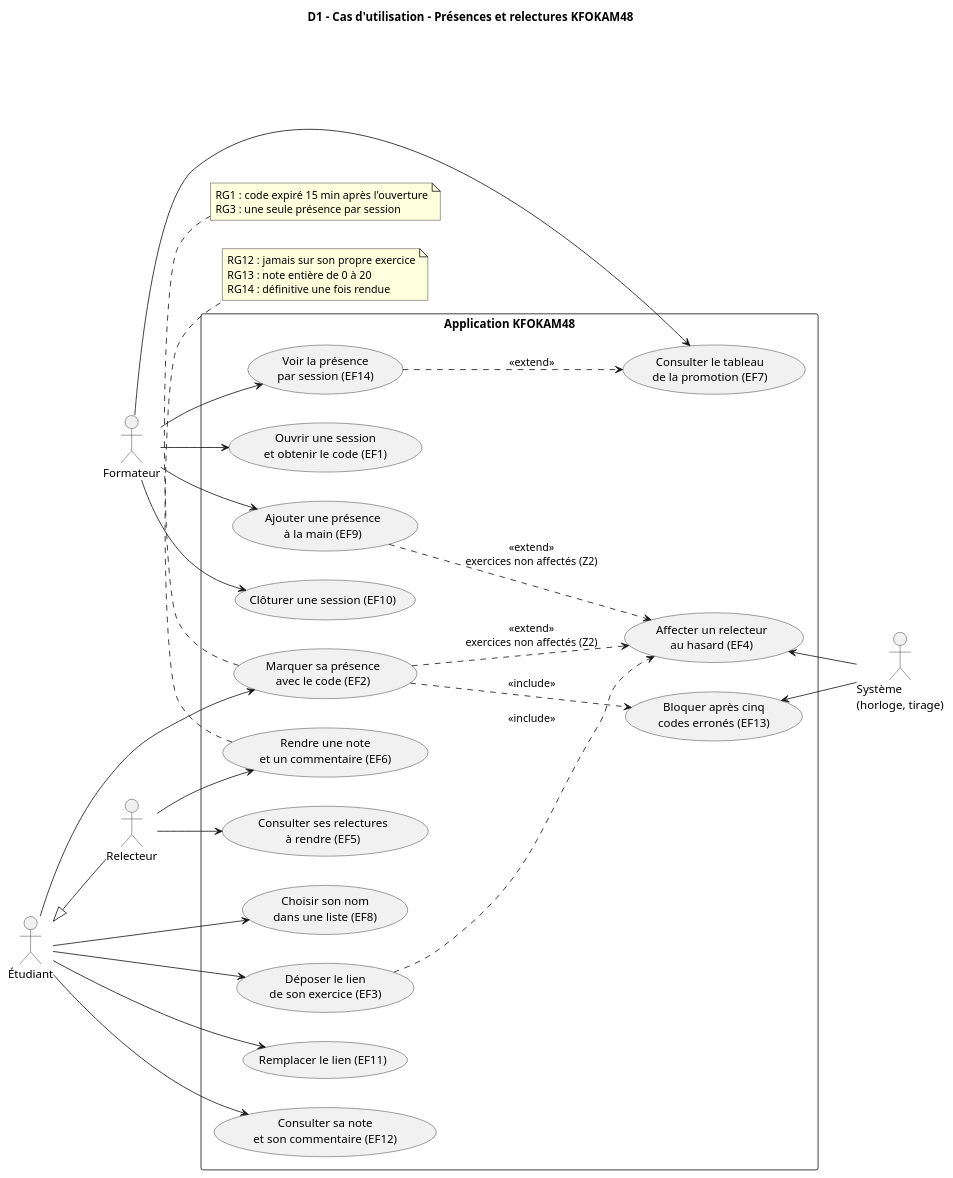
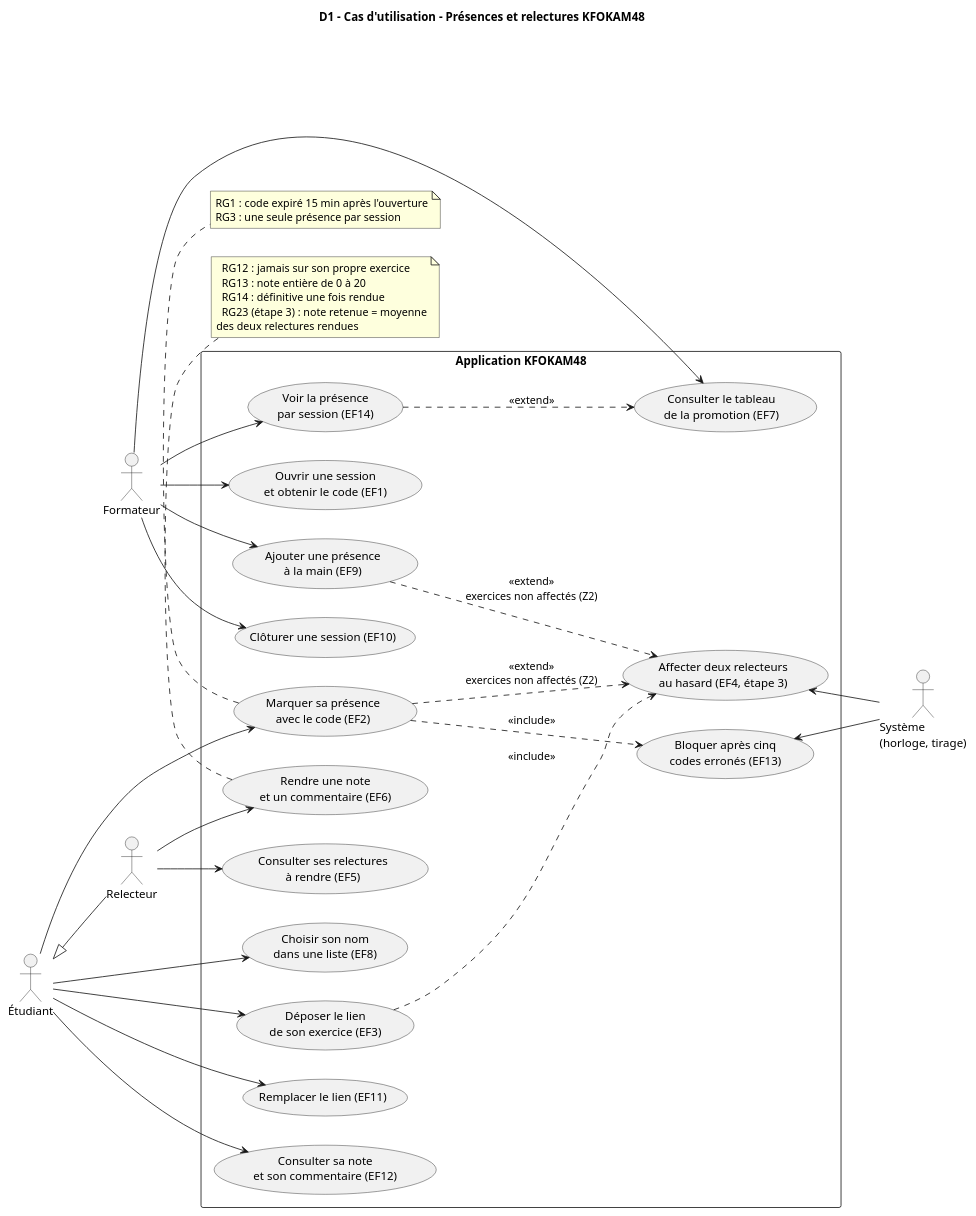
The diagram in docs/diagrammes/D1-cas-utilisation.puml (victoria175-collab/kfokam48-epreuve-215), drawn with PlantUML before and after one commit. The commit also changed 4 other files, not shown here.

Commit message:
Mettre a jour l'analyse post-enveloppe : deux relecteurs et note retenue (#34)

```diff
--- a/docs/diagrammes/D1-cas-utilisation.puml
+++ b/docs/diagrammes/D1-cas-utilisation.puml
@@ -1,72 +1,74 @@
 @startuml D1-cas-utilisation
 ' D1 - Cas d'utilisation
 ' Sources : CAHIER_DES_CHARGES.md, sections 2 et 4 (EF1 à EF14)
 title D1 - Cas d'utilisation - Présences et relectures KFOKAM48
 
 left to right direction
 skinparam packageStyle rectangle
 skinparam shadowing false
 
 actor "Formateur" as FOR
 actor "Étudiant" as ETU
 actor "Relecteur" as REL
 actor "Système\n(horloge, tirage)" as SYS
 
 ' Le relecteur est un étudiant dans un rôle donné (section 2)
 ETU <|-- REL
 
 rectangle "Application KFOKAM48" {
   usecase "Ouvrir une session\net obtenir le code (EF1)" as UC1
   usecase "Ajouter une présence\nà la main (EF9)" as UC9
   usecase "Clôturer une session (EF10)" as UC10
   usecase "Consulter le tableau\nde la promotion (EF7)" as UC7
   usecase "Voir la présence\npar session (EF14)" as UC14
 
   usecase "Choisir son nom\ndans une liste (EF8)" as UC8
   usecase "Marquer sa présence\navec le code (EF2)" as UC2
   usecase "Déposer le lien\nde son exercice (EF3)" as UC3
   usecase "Remplacer le lien (EF11)" as UC11
   usecase "Consulter sa note\net son commentaire (EF12)" as UC12
 
   usecase "Consulter ses relectures\nà rendre (EF5)" as UC5
   usecase "Rendre une note\net un commentaire (EF6)" as UC6
 
-  usecase "Affecter un relecteur\nau hasard (EF4)" as UC4
+  usecase "Affecter deux relecteurs\nau hasard (EF4, étape 3)" as UC4
   usecase "Bloquer après cinq\ncodes erronés (EF13)" as UC13
 }
 
 FOR --> UC1
 FOR --> UC9
 FOR --> UC10
 FOR --> UC7
 FOR --> UC14
 
 ETU --> UC8
 ETU --> UC2
 ETU --> UC3
 ETU --> UC11
 ETU --> UC12
 
 REL --> UC5
 REL --> UC6
 
 UC2 ..> UC13 : <<include>>
 UC3 ..> UC4 : <<include>>
 UC2 ..> UC4 : <<extend>>\nexercices non affectés (Z2)
 UC9 ..> UC4 : <<extend>>\nexercices non affectés (Z2)
 UC14 ..> UC7 : <<extend>>
 
 UC4 <-- SYS
 UC13 <-- SYS
 
 note bottom of UC6
   RG12 : jamais sur son propre exercice
   RG13 : note entière de 0 à 20
   RG14 : définitive une fois rendue
+  RG23 (étape 3) : note retenue = moyenne
+des deux relectures rendues
 end note
 
 note bottom of UC2
   RG1 : code expiré 15 min après l'ouverture
   RG3 : une seule présence par session
 end note
 @enduml
```
